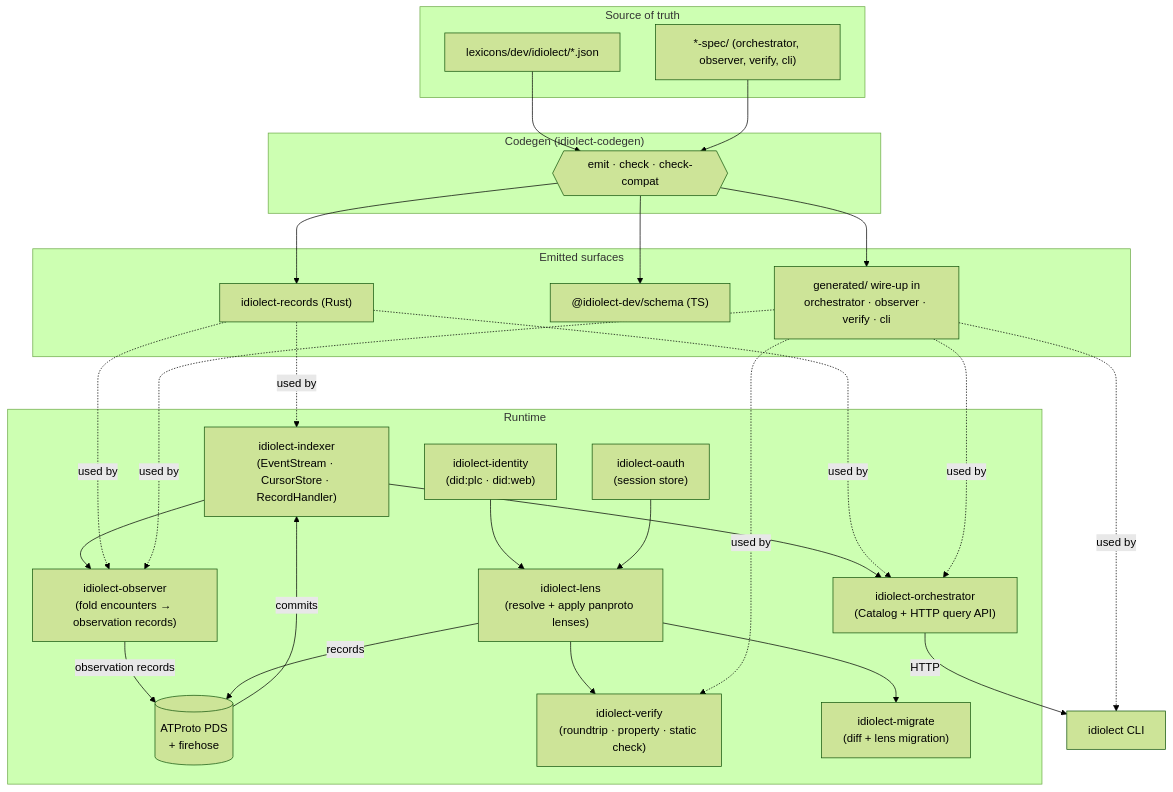
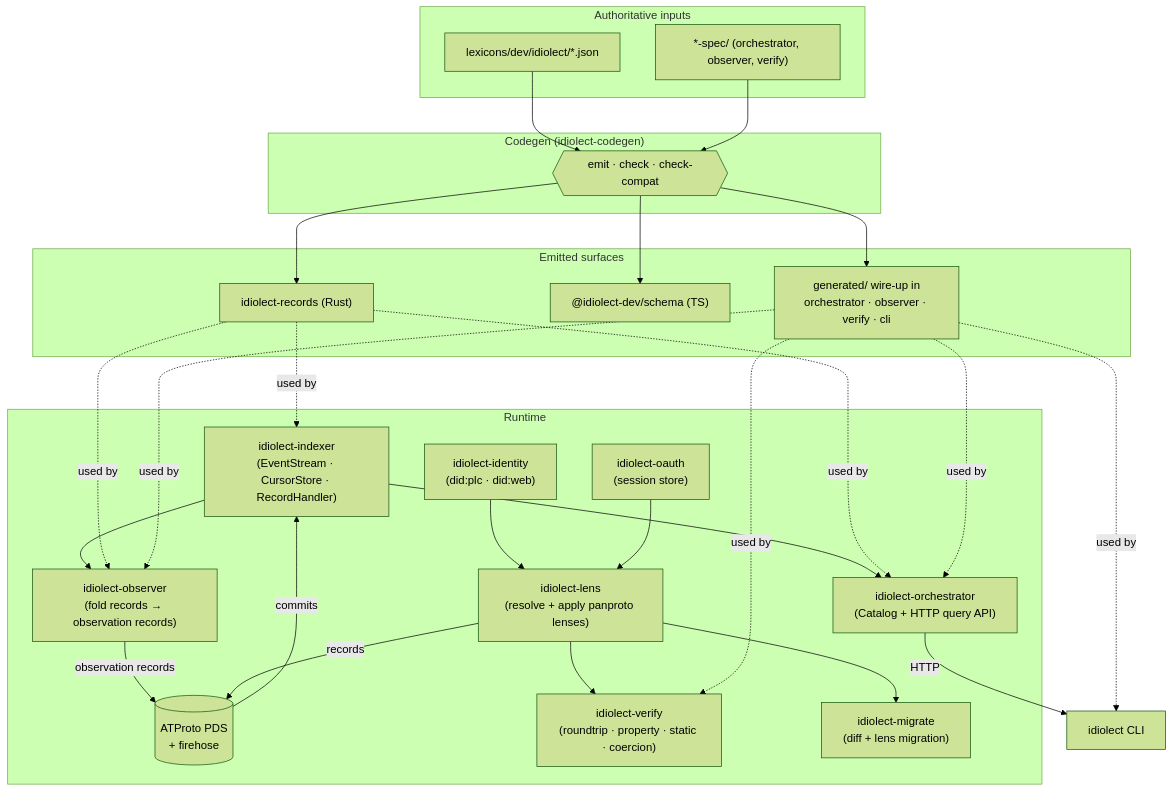
The diagram in README.md (idiolect-dev/idiolect), drawn with Mermaid (forest theme) before and after one commit. The commit also changed other lines of this file and 16 other files, not shown here.

````diff
--- a/README.md
+++ b/README.md
@@ -42,56 +42,56 @@
 ```mermaid
 flowchart TB
-    subgraph sources["Source of truth"]
+    subgraph sources["Authoritative inputs"]
         LEX["lexicons/dev/idiolect/*.json"]
-        SPEC["*-spec/ (orchestrator, observer, verify, cli)"]
+        SPEC["*-spec/ (orchestrator, observer, verify)"]
     end
 
     subgraph codegen["Codegen (idiolect-codegen)"]
         CG{{"emit · check · check-compat"}}
     end
 
     subgraph emitted["Emitted surfaces"]
         RECS["idiolect-records (Rust)"]
         NPM["@idiolect-dev/schema (TS)"]
         WIRE["generated/ wire-up in<br/>orchestrator · observer · verify · cli"]
     end
 
     subgraph runtime["Runtime"]
         PDS[("ATProto PDS<br/>+ firehose")]
         IDX["idiolect-indexer<br/>(EventStream · CursorStore · RecordHandler)"]
         ORC["idiolect-orchestrator<br/>(Catalog + HTTP query API)"]
-        OBS["idiolect-observer<br/>(fold encounters → observation records)"]
-        VER["idiolect-verify<br/>(roundtrip · property · static check)"]
+        OBS["idiolect-observer<br/>(fold records → observation records)"]
+        VER["idiolect-verify<br/>(roundtrip · property · static · coercion)"]
         MIG["idiolect-migrate<br/>(diff + lens migration)"]
         LENS["idiolect-lens<br/>(resolve + apply panproto lenses)"]
         ID["idiolect-identity<br/>(did:plc · did:web)"]
         OAUTH["idiolect-oauth<br/>(session store)"]
     end
 
     CLI["idiolect CLI"]
 
     LEX --> CG
     SPEC --> CG
     CG --> RECS
     CG --> NPM
     CG --> WIRE
 
     PDS -->|commits| IDX
     IDX --> ORC
     IDX --> OBS
     OBS -->|observation records| PDS
     LENS -->|records| PDS
     ID --> LENS
     OAUTH --> LENS
     ORC -->|HTTP| CLI
     LENS --> MIG
     LENS --> VER
 
     RECS -.used by.-> IDX
     RECS -.used by.-> ORC
     RECS -.used by.-> OBS
     WIRE -.used by.-> ORC
     WIRE -.used by.-> OBS
     WIRE -.used by.-> VER
     WIRE -.used by.-> CLI
 ```
````
